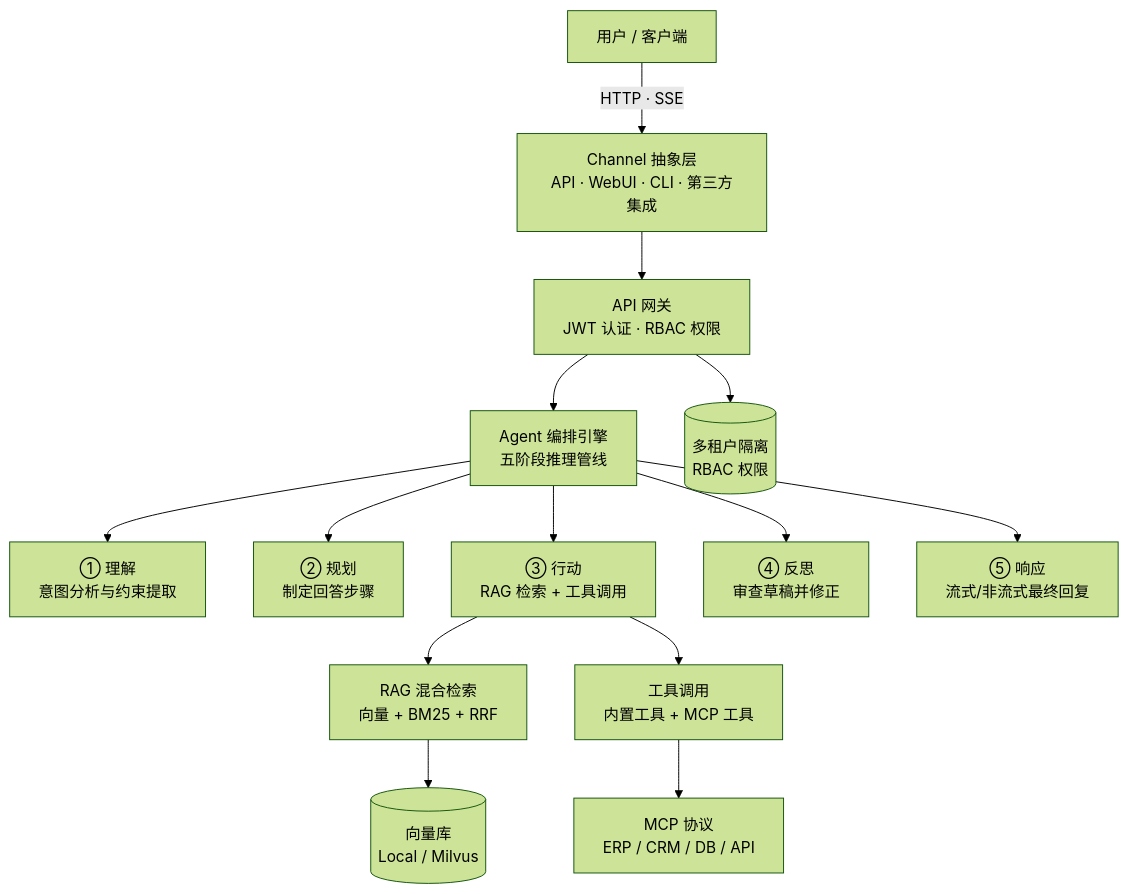
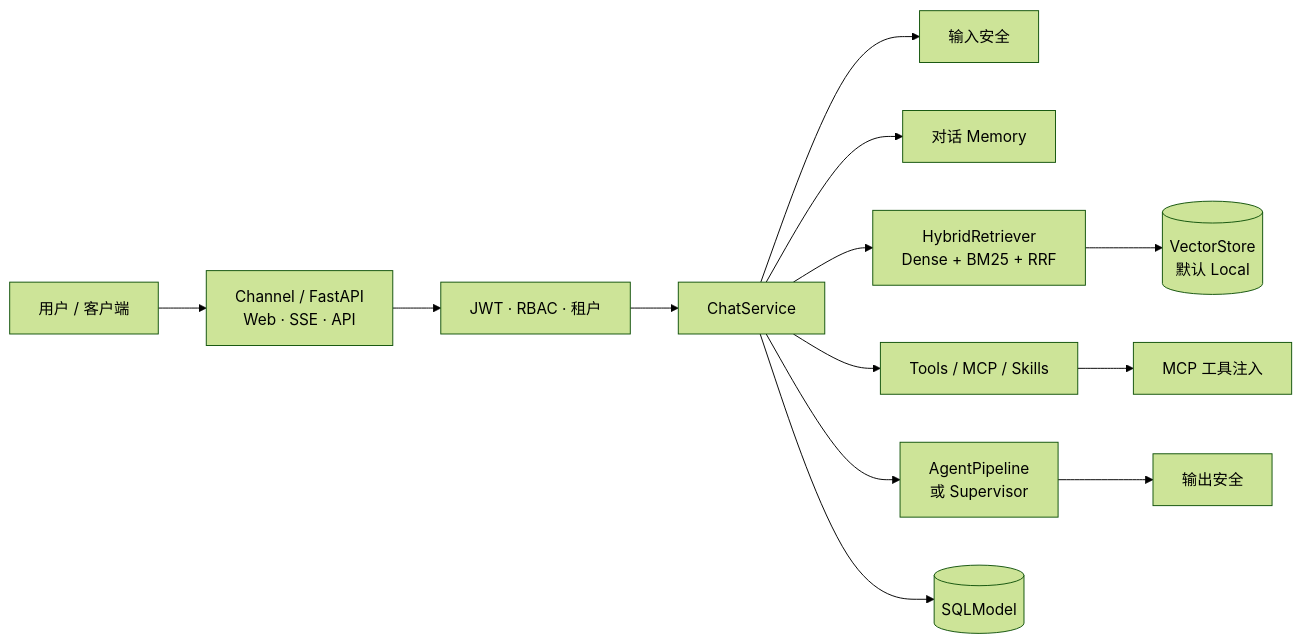
Before and after one commit to lwmjava/ai-assistant: the first of 3 diagrams in README.md, drawn with Mermaid (forest theme). The commit also changed other lines of this file and 1 other file, not shown here.

````diff
--- a/README.md
+++ b/README.md
@@ -34,16 +40,15 @@
 ```mermaid
-graph TD
-    User[用户 / 客户端] -->|HTTP · SSE| Channel[Channel 抽象层<br/>API · WebUI · CLI · 第三方集成]
-    Channel --> Gateway[API 网关<br/>JWT 认证 · RBAC 权限]
-    Gateway --> Orchestrator[Agent 编排引擎<br/>五阶段推理管线]
-    Orchestrator --> Stage1[① 理解<br/>意图分析与约束提取]
-    Orchestrator --> Stage2[② 规划<br/>制定回答步骤]
-    Orchestrator --> Stage3[③ 行动<br/>RAG 检索 + 工具调用]
-    Orchestrator --> Stage4[④ 反思<br/>审查草稿并修正]
-    Orchestrator --> Stage5[⑤ 响应<br/>流式/非流式最终回复]
-    Stage3 --> RAG[RAG 混合检索<br/>向量 + BM25 + RRF]
-    Stage3 --> Tools[工具调用<br/>内置工具 + MCP 工具]
-    RAG --> Vector[(向量库<br/>Local / Milvus)]
-    Tools --> MCP[MCP 协议<br/>ERP / CRM / DB / API]
-    Gateway --> Tenant[(多租户隔离<br/>RBAC 权限)]
+flowchart LR
+    User[用户 / 客户端] --> Channel[Channel / FastAPI<br/>Web · SSE · API]
+    Channel --> Auth[JWT · RBAC · 租户]
+    Auth --> Chat[ChatService]
+    Chat --> SecIn[输入安全]
+    Chat --> Mem[对话 Memory]
+    Chat --> RAG[HybridRetriever<br/>Dense + BM25 + RRF]
+    Chat --> Tools[Tools / MCP / Skills]
+    Chat --> Pipe[AgentPipeline<br/>或 Supervisor]
+    Pipe --> SecOut[输出安全]
+    Chat --> DB[(SQLModel)]
+    RAG --> VS[(VectorStore<br/>默认 Local)]
+    Tools --> MCP[MCP 工具注入]
 ```
````
